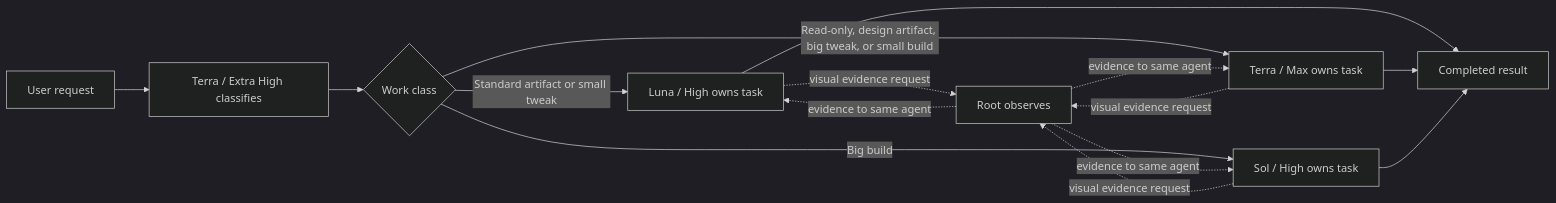
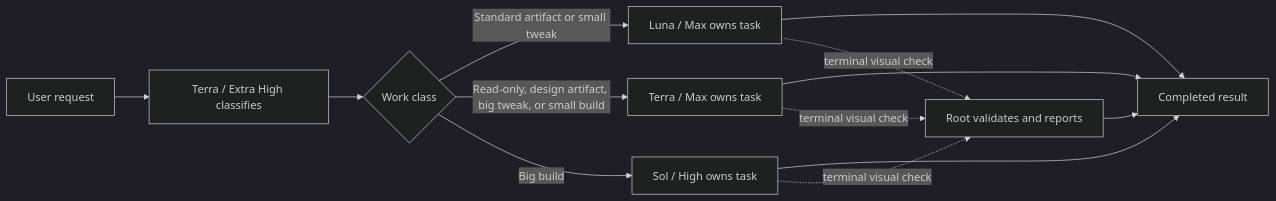
Before and after one commit to jessejaffe/codex-orchestration: the diagram in README.md, drawn with Mermaid (dark theme). The commit also changed other lines of this file and 9 other files, not shown here.

Commit message:
Make root visual checks terminal

````diff
--- a/README.md
+++ b/README.md
@@ -15,17 +15,15 @@
 ```mermaid
 flowchart LR
     U["User request"] --> C["Terra / Extra High classifies"]
     C --> R{"Work class"}
-    R -->|"Standard artifact or small tweak"| L["Luna / High owns task"]
+    R -->|"Standard artifact or small tweak"| L["Luna / Max owns task"]
     R -->|"Read-only, design artifact, big tweak, or small build"| T["Terra / Max owns task"]
     R -->|"Big build"| S["Sol / High owns task"]
     L --> D["Completed result"]
     T --> D
     S --> D
-    L -. "visual evidence request" .-> V["Root observes"]
-    T -. "visual evidence request" .-> V
-    S -. "visual evidence request" .-> V
-    V -. "evidence to same agent" .-> L
-    V -. "evidence to same agent" .-> T
-    V -. "evidence to same agent" .-> S
+    L -. "terminal visual check" .-> V["Root validates and reports"]
+    T -. "terminal visual check" .-> V
+    S -. "terminal visual check" .-> V
+    V --> D
 ```
````
